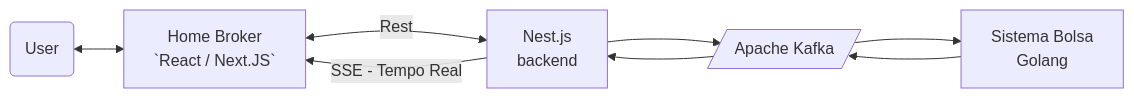
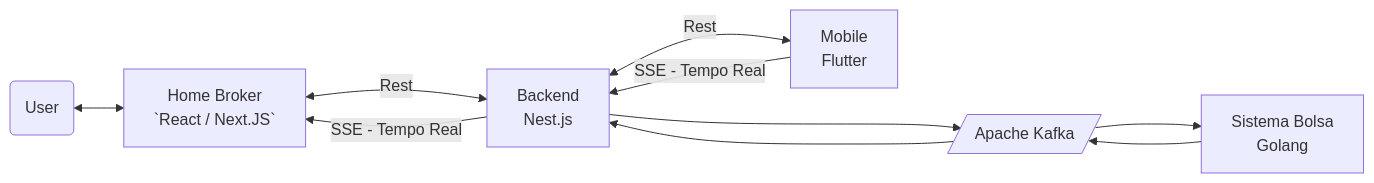
The diagram in README.md (HomeBroker-IFSFC/.github), drawn with Mermaid before and after one commit. The commit also changed other lines of this file, not shown here.

Commit message:
FlowChart

````diff
--- a/README.md
+++ b/README.md
@@ -11,12 +11,15 @@
 ```mermaid
 %%{init: { "fontFamily": "Trebuchet MS, Verdana, Arial, Sans-Serif", "logLevel": 2 } }%%
 
 graph LR;
     User(User) <--> HomeBroker[Home Broker \n `React / Next.JS`];
-    HomeBroker[HomeBroker] <-->|Rest| NestJs[Nest.js \n backend];
-    NestJs[Nest.js \n backend] -->|SSE - Tempo Real| HomeBroker[Home Broker \n `React / Next.JS`] ;
-    NestJs[Nest.js \n backend] --> Kafka[/Apache Kafka/];
-    Kafka[/Apache Kafka/] ---> NestJs[Nest.js \n backend];
+    HomeBroker[Home Broker \n `React / Next.JS`] <-->|Rest| NestJs[Backend \n Nest.js];
+    NestJs[Backend \n Nest.js] -->|SSE - Tempo Real| HomeBroker[Home Broker \n `React / Next.JS`] ;
+    NestJs[Backend \n Nest.js] --> Kafka[/Apache Kafka/];
+    NestJs[Backend \n Nest.js]  <-->|Rest| Mobile[Mobile\n Flutter];
+    Mobile[Mobile\n Flutter] -->|SSE - Tempo Real| NestJs[Backend \n Nest.js] ;
+    Kafka[/Apache Kafka/] ---> NestJs[Backend \n Nest.js];
     SistemaBolsa[Sistema Bolsa \n Golang] ---> Kafka[/Apache Kafka/];
     Kafka[/Apache Kafka/] ---> SistemaBolsa[Sistema Bolsa \n Golang];
+
 ```
````
